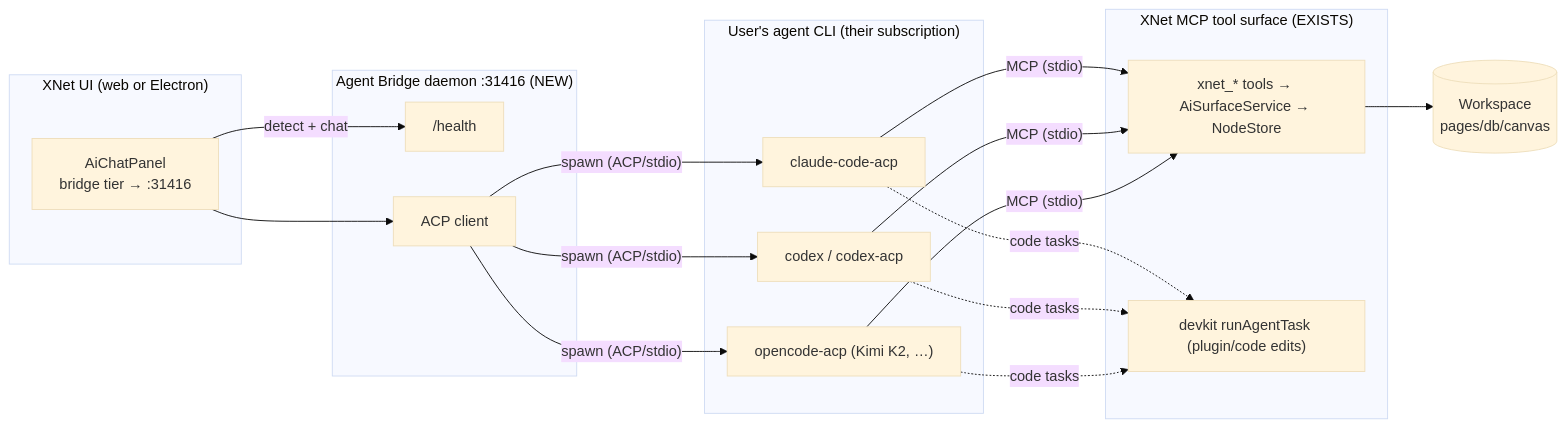
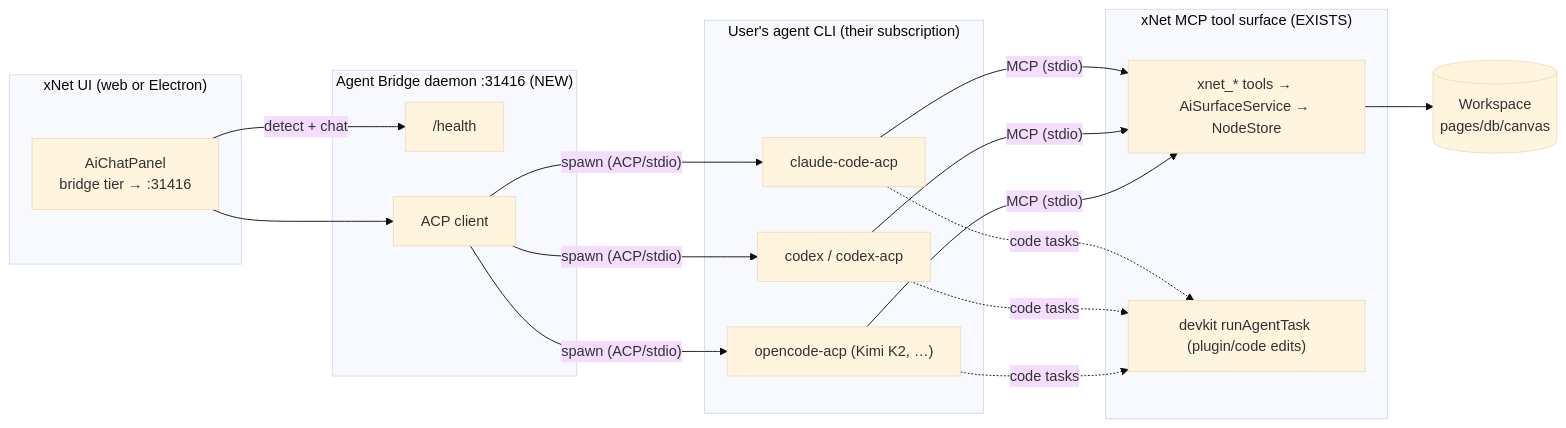
The first of 2 diagrams in docs/explorations/0194_[_]_AGENT_BRIDGE_CLAUDE_CODE_CODEX_AND_ANY_AGENT_IN_XNET.md (crs48/xNet), drawn with Mermaid (base theme) before and after one commit. The commit also changed other lines of this file and 32 other files, not shown here.

````diff
--- a/docs/explorations/0194_[_]_AGENT_BRIDGE_CLAUDE_CODE_CODEX_AND_ANY_AGENT_IN_XNET.md
+++ b/docs/explorations/0194_[_]_AGENT_BRIDGE_CLAUDE_CODE_CODEX_AND_ANY_AGENT_IN_XNET.md
@@ -48,25 +48,25 @@
 ```mermaid
 flowchart LR
-  subgraph XNet["XNet UI (web or Electron)"]
+  subgraph XNet["xNet UI (web or Electron)"]
     Panel["AiChatPanel<br/>bridge tier → :31416"]
   end
   subgraph Bridge["Agent Bridge daemon :31416 (NEW)"]
     Health["/health"]
     ACPc["ACP client"]
   end
   subgraph Agent["User's agent CLI (their subscription)"]
     CC["claude-code-acp"]
     CX["codex / codex-acp"]
     OC["opencode-acp (Kimi K2, …)"]
   end
-  subgraph Tools["XNet MCP tool surface (EXISTS)"]
+  subgraph Tools["xNet MCP tool surface (EXISTS)"]
     MCP["xnet_* tools → AiSurfaceService → NodeStore"]
     DEV["devkit runAgentTask (plugin/code edits)"]
   end
   Panel -->|"detect + chat"| Health
   Panel --> ACPc
   ACPc -->|"spawn (ACP/stdio)"| CC & CX & OC
   CC & CX & OC -->|"MCP (stdio)"| MCP
   CC & CX & OC -. "code tasks" .-> DEV
   MCP --> Workspace[("Workspace<br/>pages/db/canvas")]
 ```
````
